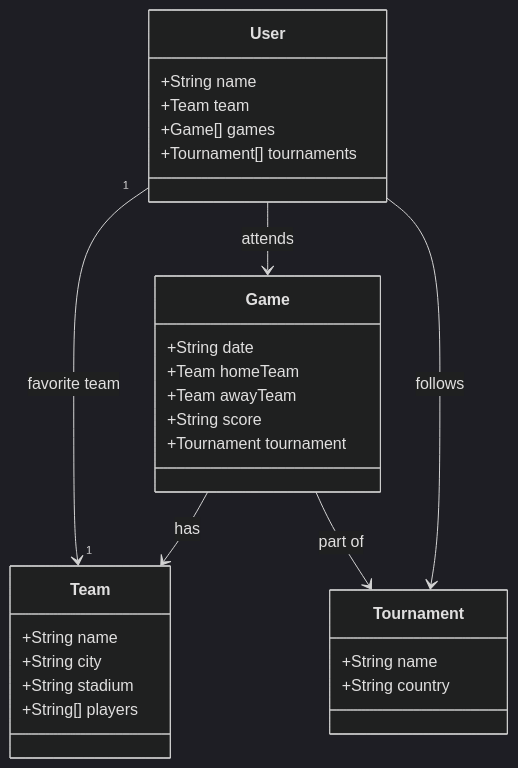
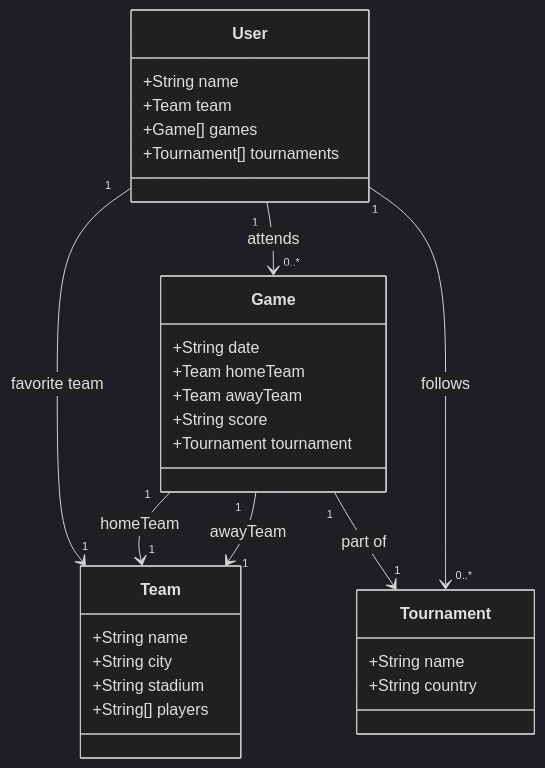
The diagram in README.md (PedroFonseca447/Desafio-claro-SpringBoot-2024), drawn with Mermaid (dark theme) before and after one commit.

````diff
--- a/README.md
+++ b/README.md
@@ -4,36 +4,37 @@
 ```mermaid
 classDiagram
     class User {
         +String name
         +Team team
         +Game[] games
         +Tournament[] tournaments
     }
 
     class Team {
         +String name
         +String city
         +String stadium
         +String[] players
     }
 
     class Game {
         +String date
         +Team homeTeam
         +Team awayTeam
         +String score
         +Tournament tournament
     }
 
     class Tournament {
         +String name
         +String country
     }
 
    
     User "1" --> "1" Team : favorite team
-    User --> Game : attends
-    User --> Tournament : follows
-    Game --> Team : has
-    Game --> Tournament : part of
+    User "1" --> "0..*" Game : attends
+    User "1" --> "0..*" Tournament : follows
+    Game "1" --> "1" Team : homeTeam
+    Game "1" --> "1" Team : awayTeam
+    Game "1" --> "1" Tournament : part of
 ```
````
